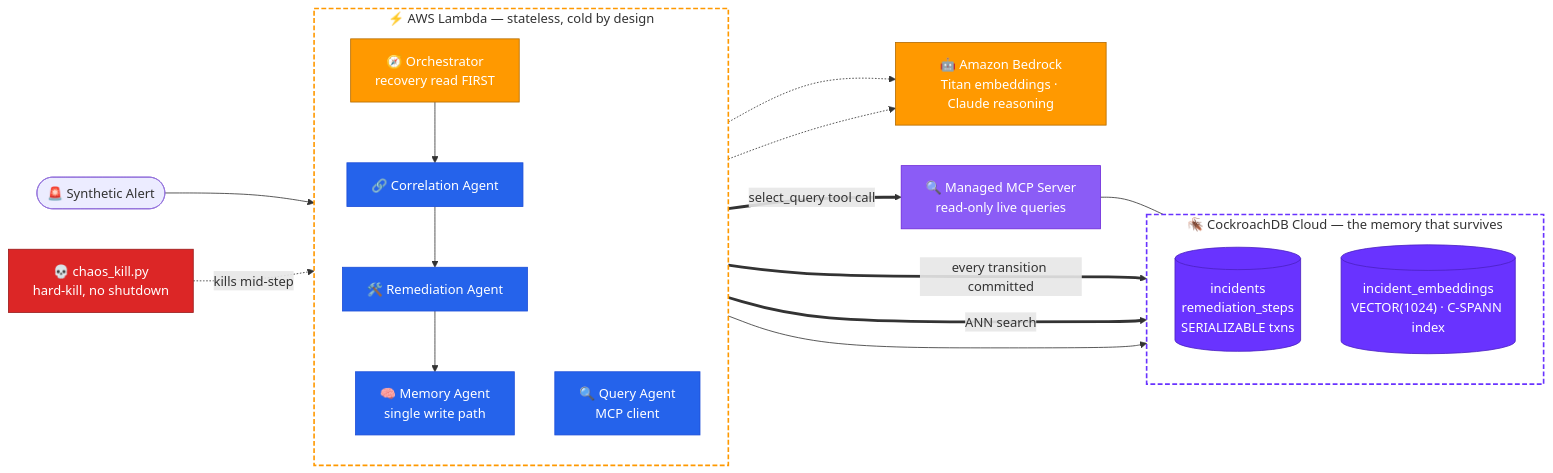
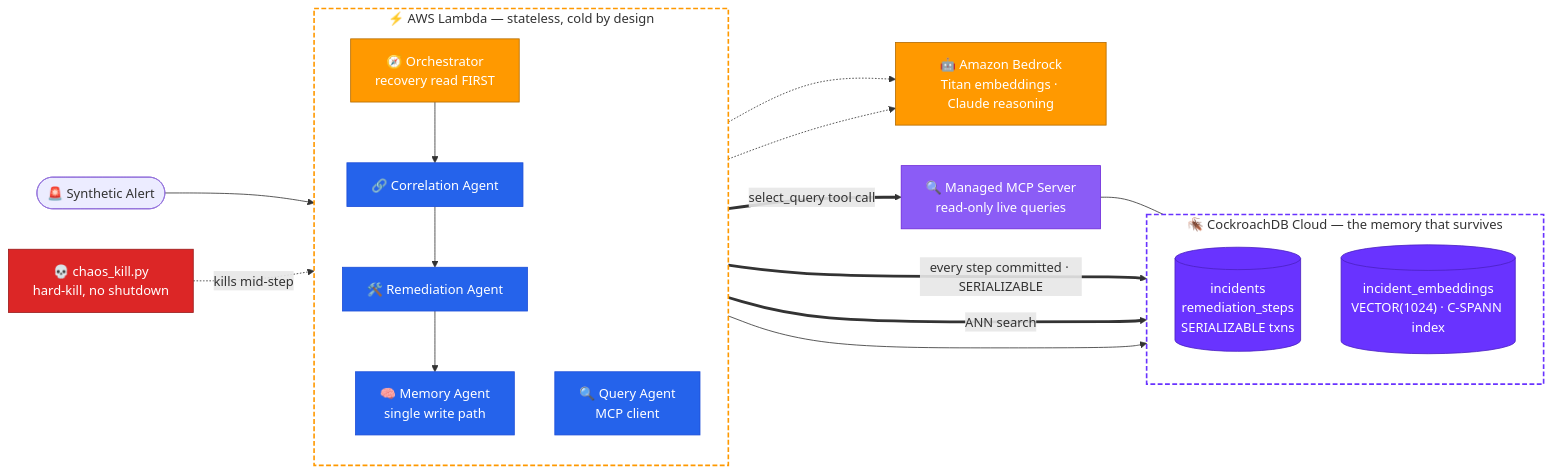
Before and after one commit to iarjunganesh/continuum: the diagram in README.md, drawn with Mermaid. The commit also changed other lines of this file and 7 other files, not shown here.

````diff
--- a/README.md
+++ b/README.md
@@ -73,42 +73,42 @@
 ```mermaid
 graph LR
     classDef aws  fill:#FF9900,stroke:#B36B00,color:#fff
     classDef crdb fill:#6933FF,stroke:#4B21C2,color:#fff
     classDef agent fill:#2563EB,stroke:#1D4ED8,color:#fff
     classDef chaos fill:#DC2626,stroke:#991B1B,color:#fff
     classDef tool fill:#8B5CF6,stroke:#6D28D9,color:#fff
 
     A(["🚨 Synthetic Alert"]) --> L
     K["💀 chaos_kill.py<br/>hard-kill, no shutdown"]:::chaos -.->|kills mid-step| L
 
     subgraph lambda["⚡ AWS Lambda — stateless, cold by design"]
         direction TB
         L["🧭 Orchestrator<br/>recovery read FIRST"]:::aws
         C["🔗 Correlation Agent"]:::agent
         R["🛠️ Remediation Agent"]:::agent
         M["🧠 Memory Agent<br/>single write path"]:::agent
         Q["🔍 Query Agent<br/>MCP client"]:::agent
         L --> C --> R --> M
     end
 
     B["🤖 Amazon Bedrock<br/>Titan embeddings · Claude reasoning"]:::aws
     C -.-> B
     R -.-> B
 
     subgraph crdb["🪳 CockroachDB Cloud — the memory that survives"]
         direction TB
         T[("incidents<br/>remediation_steps<br/>SERIALIZABLE txns")]:::crdb
         V[("incident_embeddings<br/>VECTOR(1024) · C-SPANN index")]:::crdb
     end
-    M ==>|every transition committed| T
+    M ==>|every step committed · SERIALIZABLE| T
     C ==>|ANN search| V
 
     MCP["🔍 Managed MCP Server<br/>read-only live queries"]:::tool
     Q ==>|select_query tool call| MCP
     MCP --- T
 
     lambda --> crdb
 
     style lambda fill:transparent,stroke:#FF9900,stroke-width:2px,stroke-dasharray:6 3
     style crdb fill:transparent,stroke:#6933FF,stroke-width:2px,stroke-dasharray:6 3
 ```
````
